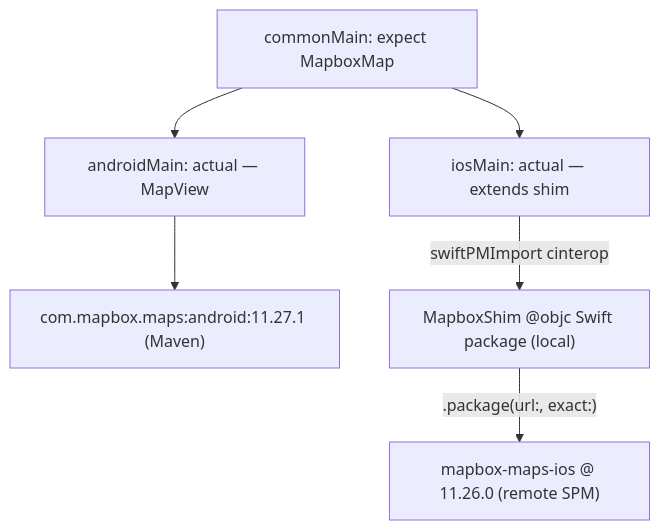
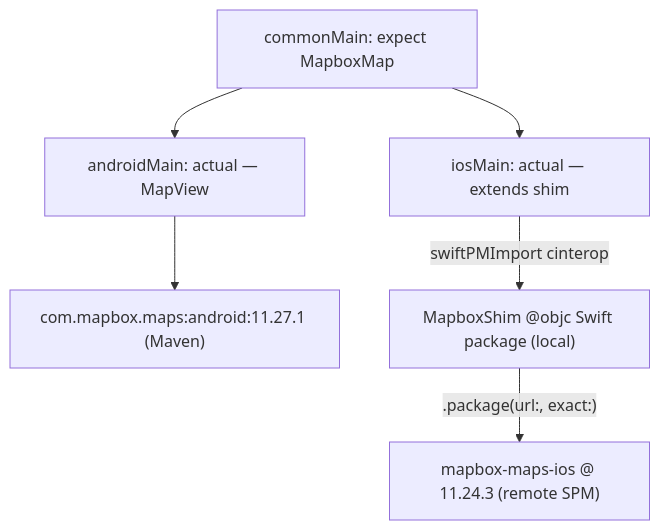
The diagram in README.md (markst/mapbox-maps-kmp), drawn with Mermaid before and after one commit. The commit also changed other lines of this file, not shown here.

Commit message:
Document Mapbox initial-render investigation

````diff
--- a/README.md
+++ b/README.md
@@ -11,14 +11,14 @@
 ```mermaid
 graph TD
   common["commonMain: expect MapboxMap"]
   android["androidMain: actual — MapView"]
   ios["iosMain: actual — extends shim"]
   maven["com.mapbox.maps:android:11.27.1 (Maven)"]
   shim["MapboxShim @objc Swift package (local)"]
-  sdkios["mapbox-maps-ios @ 11.26.0 (remote SPM)"]
+  sdkios["mapbox-maps-ios @ 11.24.3 (remote SPM)"]
   common --> android
   common --> ios
   android --> maven
   ios -->|"swiftPMImport cinterop"| shim
   shim -->|".package(url:, exact:)"| sdkios
 ```
````
